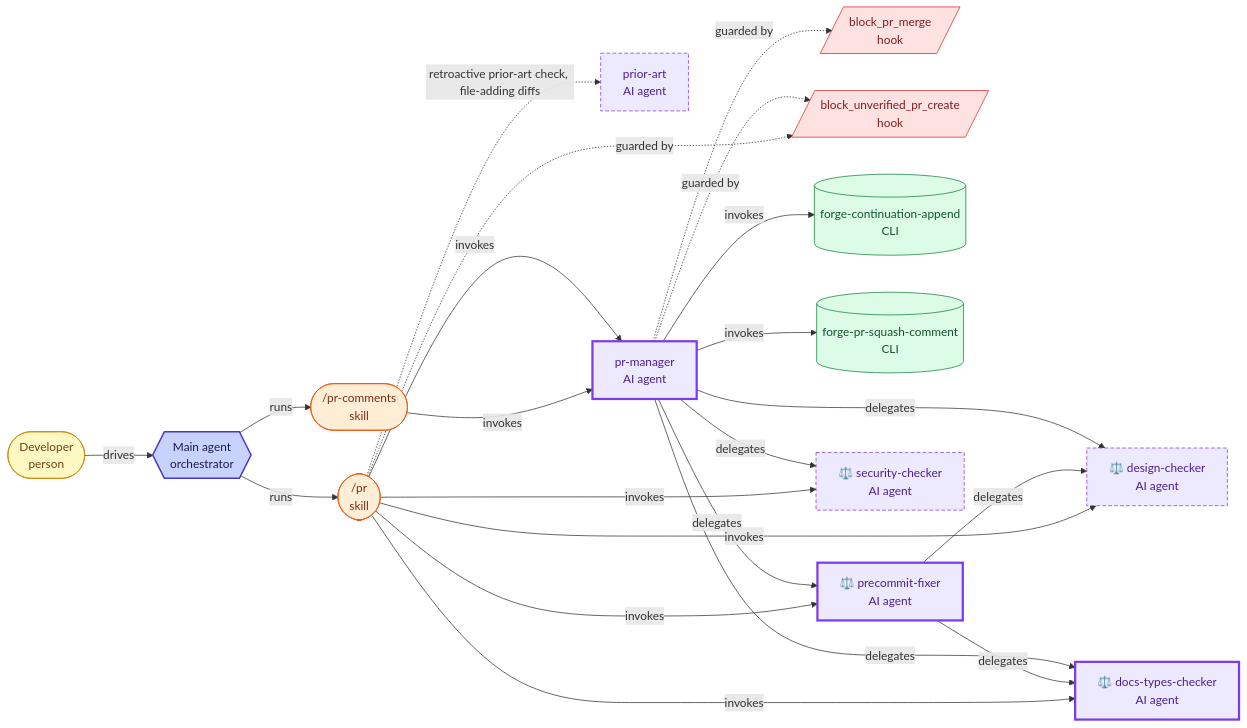
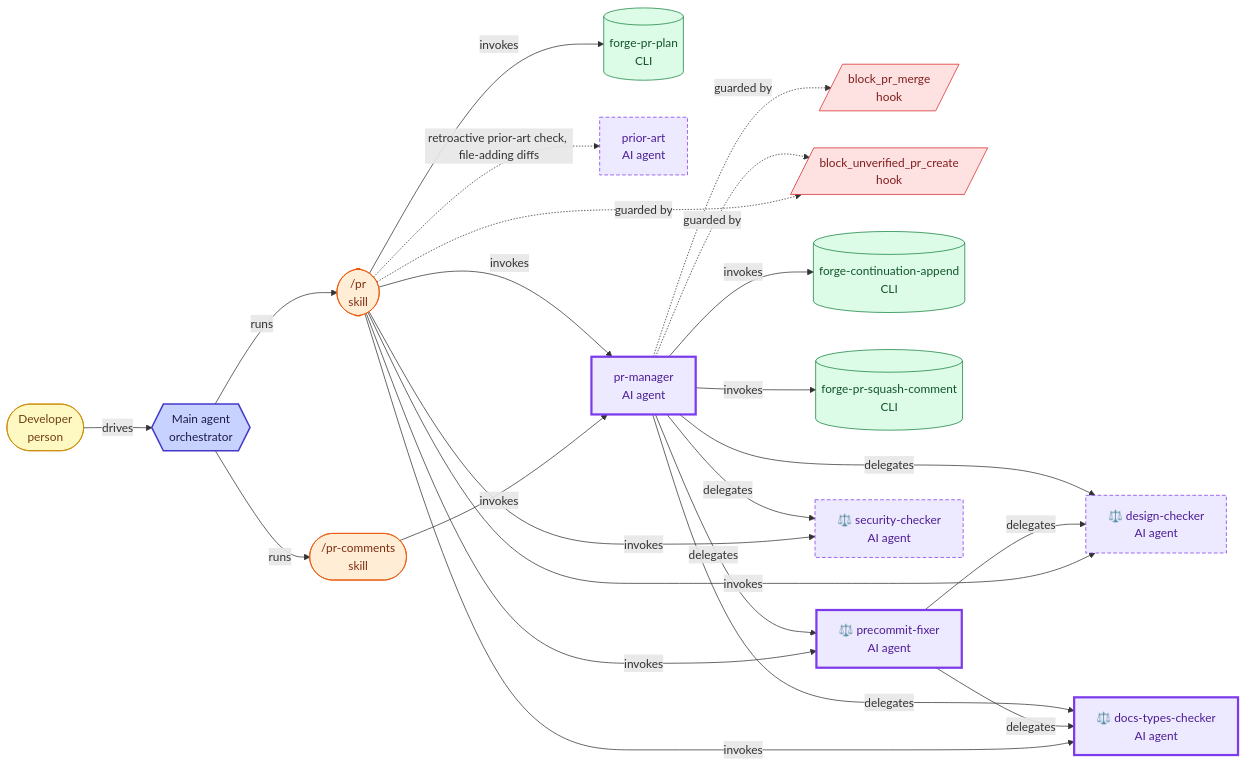
The third of 7 diagrams in docs/agent-architecture.md (misnaej/forge), drawn with Mermaid before and after one commit. The commit also changed 9 other files, not shown here.

````diff
--- a/docs/agent-architecture.md
+++ b/docs/agent-architecture.md
@@ -185,67 +185,70 @@
 ```mermaid
 graph LR
   classDef person fill:#fef9c3,stroke:#ca8a04,color:#713f12
   classDef agent fill:#ede9fe,stroke:#7c3aed,color:#4c1d95
   classDef skill fill:#ffedd5,stroke:#ea580c,color:#7c2d12
   classDef hook fill:#fee2e2,stroke:#dc2626,color:#7f1d1d
   classDef cli fill:#dcfce7,stroke:#15803d,color:#14532d
   classDef policy fill:#f1f5f9,stroke:#64748b,color:#334155
   classDef orchestrator fill:#c7d2fe,stroke:#4338ca,color:#1e1b4b,stroke-width:2px
   classDef reporter stroke-dasharray:5 3
   classDef mutator stroke-width:3px
   human(["Developer<br/>person"])
   main_agent{{"Main agent<br/>orchestrator"}}
   human -->|drives| main_agent
   hk_block_pr_merge[/"block_pr_merge<br/>hook"/]
   hk_block_unverified_pr_create[/"block_unverified_pr_create<br/>hook"/]
   design_checker["⚖️ design-checker<br/>AI agent"]
   docs_types_checker["⚖️ docs-types-checker<br/>AI agent"]
   cli_forge_continuation_append[("forge-continuation-append<br/>CLI")]
+  cli_forge_pr_plan[("forge-pr-plan<br/>CLI")]
   cli_forge_pr_squash_comment[("forge-pr-squash-comment<br/>CLI")]
   sk_pr(["/pr<br/>skill"])
   prior_art["prior-art<br/>AI agent"]
   pr_manager["pr-manager<br/>AI agent"]
   precommit_fixer["⚖️ precommit-fixer<br/>AI agent"]
   sk_pr_comments(["/pr-comments<br/>skill"])
   security_checker["⚖️ security-checker<br/>AI agent"]
   main_agent -->|runs| sk_pr
   main_agent -->|runs| sk_pr_comments
   pr_manager -->|delegates| design_checker
   pr_manager -->|delegates| security_checker
   pr_manager -->|delegates| docs_types_checker
   pr_manager -->|delegates| precommit_fixer
   precommit_fixer -->|delegates| docs_types_checker
   precommit_fixer -->|delegates| design_checker
+  sk_pr -->|invokes| cli_forge_pr_plan
   sk_pr -->|invokes| design_checker
   sk_pr -->|invokes| security_checker
   sk_pr -->|invokes| docs_types_checker
   sk_pr -->|invokes| precommit_fixer
   sk_pr -->|invokes| pr_manager
   sk_pr_comments -->|invokes| pr_manager
   pr_manager -->|invokes| cli_forge_pr_squash_comment
   pr_manager -->|invokes| cli_forge_continuation_append
   pr_manager -.->|guarded by| hk_block_pr_merge
   pr_manager -.->|guarded by| hk_block_unverified_pr_create
   sk_pr -.->|guarded by| hk_block_unverified_pr_create
   sk_pr -.->|retroactive prior-art check, file-adding diffs| prior_art
   class human person
   class main_agent orchestrator
   class hk_block_pr_merge hook
   class hk_block_unverified_pr_create hook
   class prior_art agent
   class prior_art reporter
   class design_checker agent
   class design_checker reporter
   class docs_types_checker agent
   class docs_types_checker mutator
   class cli_forge_continuation_append cli
+  class cli_forge_pr_plan cli
   class cli_forge_pr_squash_comment cli
   class sk_pr skill
   class pr_manager agent
   class pr_manager mutator
   class precommit_fixer agent
   class precommit_fixer mutator
   class sk_pr_comments skill
   class security_checker agent
   class security_checker reporter
 ```
````
